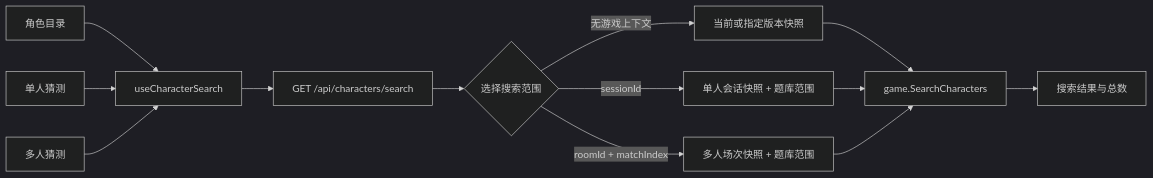
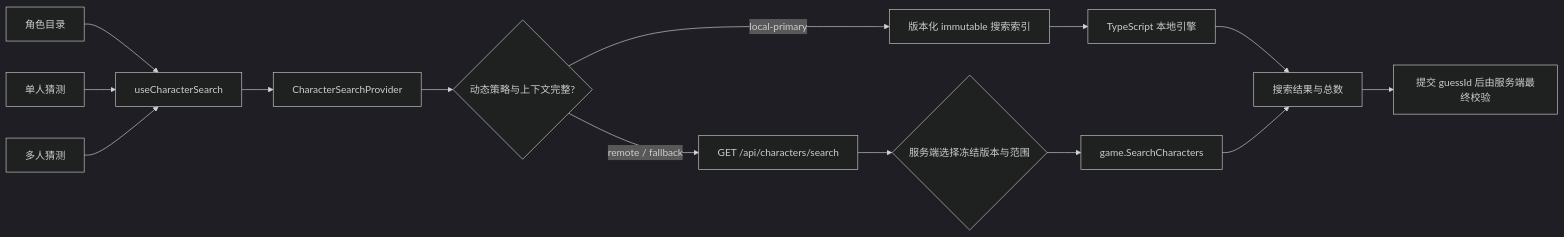
Before and after one commit to jachinzhang1/TouhouFlandre: the fifth of 5 diagrams in docs/architecture.md, drawn with Mermaid (dark theme). The commit also changed other lines of this file and 4 other files, not shown here.

````diff
--- a/docs/architecture.md
+++ b/docs/architecture.md
@@ -120,15 +120,16 @@
 ```mermaid
 flowchart LR
     C["角色目录"] --> H["useCharacterSearch"]
     S["单人猜测"] --> H
     M["多人猜测"] --> H
-    H --> A["GET /api/characters/search"]
-    A --> R{"选择搜索范围"}
-    R -->|"无游戏上下文"| V1["当前或指定版本快照"]
-    R -->|"sessionId"| V2["单人会话快照 + 题库范围"]
-    R -->|"roomId + matchIndex"| V3["多人场次快照 + 题库范围"]
-    V1 --> G["game.SearchCharacters"]
-    V2 --> G
-    V3 --> G
-    G --> O["搜索结果与总数"]
+    H --> P["CharacterSearchProvider"]
+    P --> D{"动态策略与上下文完整?"}
+    D -->|"local-primary"| I["版本化 immutable 搜索索引"]
+    I --> T["TypeScript 本地引擎"]
+    D -->|"remote / fallback"| A["GET /api/characters/search"]
+    A --> R{"服务端选择冻结版本与范围"}
+    R --> G["game.SearchCharacters"]
+    T --> O["搜索结果与总数"]
+    G --> O
+    O --> V["提交 guessId 后由服务端最终校验"]
 ```
````
